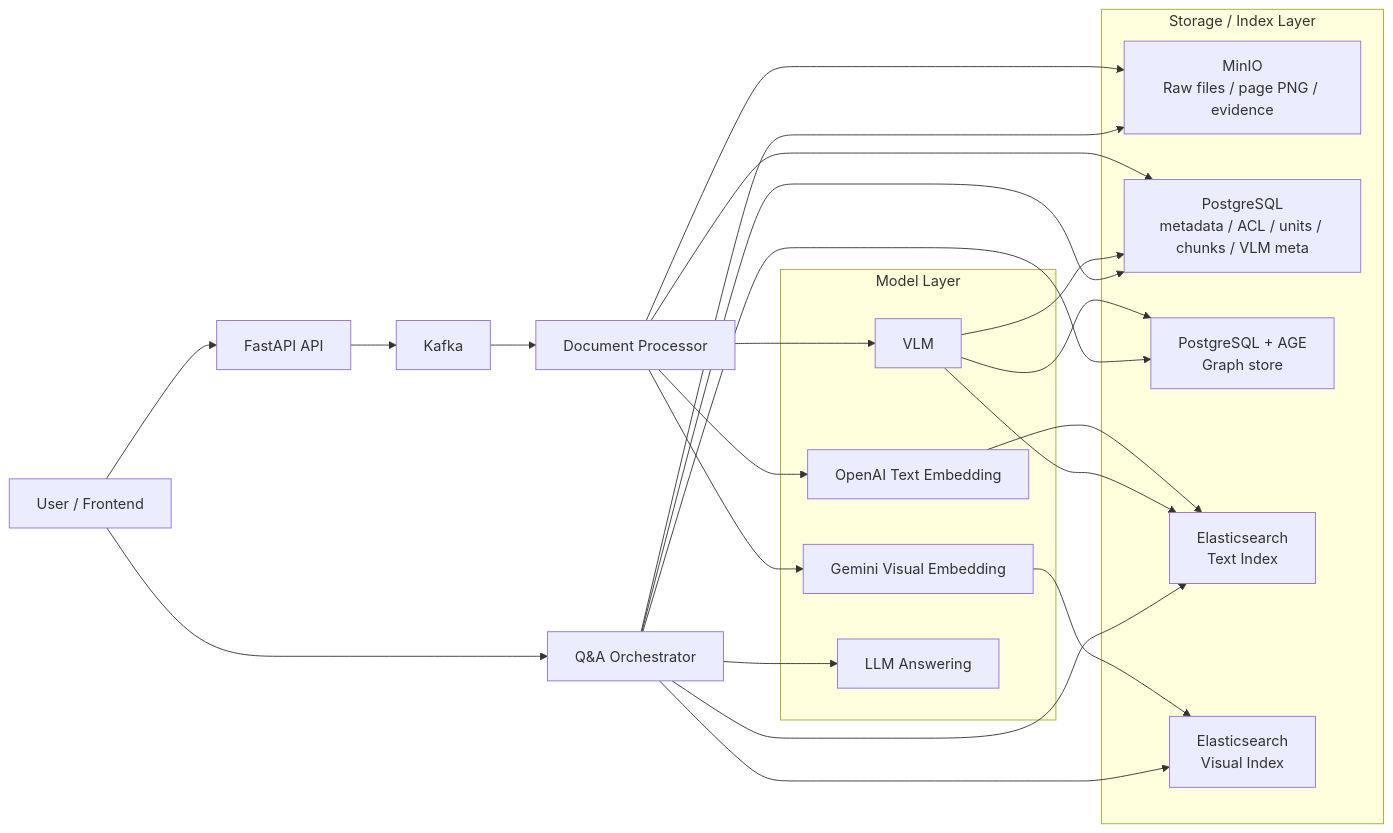
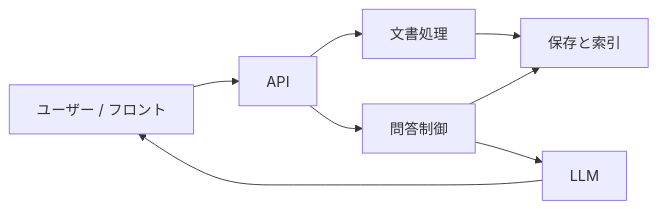
The first of 9 diagrams in README_ja.md (tiand23/AIKnowledgeBaseNew), drawn with Mermaid before and after one commit. The commit also changed other lines of this file and 2 other files, not shown here.

````diff
--- a/README_ja.md
+++ b/README_ja.md
@@ -50,47 +69,17 @@
 ```mermaid
 flowchart LR
-    U["User / Frontend"]
-    API["FastAPI API"]
-    K["Kafka"]
-    DP["Document Processor"]
-    QA["Q&A Orchestrator"]
-
-    subgraph STORE["Storage / Index Layer"]
-        OBJ["MinIO\nRaw files / page PNG / evidence"]
-        PG["PostgreSQL\nmetadata / ACL / units / chunks / VLM meta"]
-        AGE["PostgreSQL + AGE\nGraph store"]
-        ES_T["Elasticsearch\nText Index"]
-        ES_V["Elasticsearch\nVisual Index"]
-    end
-
-    subgraph MODEL["Model Layer"]
-        TXT_EMB["OpenAI Text Embedding"]
-        VIS_EMB["Gemini Visual Embedding"]
-        VLM["VLM"]
-        LLM["LLM Answering"]
-    end
+    U["ユーザー / フロント"]
+    API["API"]
+    INGEST["文書処理"]
+    STORE["保存と索引"]
+    QA["問答制御"]
+    LLM["LLM"]
 
     U --> API
-    API --> K
-    K --> DP
-
-    DP --> OBJ
-    DP --> PG
-    DP --> TXT_EMB
-    DP --> VIS_EMB
-    DP --> VLM
-
-    TXT_EMB --> ES_T
-    VIS_EMB --> ES_V
-    VLM --> PG
-    VLM --> AGE
-    VLM --> ES_T
-
-    U --> QA
-    QA --> ES_T
-    QA --> ES_V
-    QA --> AGE
-    QA --> PG
-    QA --> OBJ
+    API --> INGEST
+    API --> QA
+    INGEST --> STORE
+    QA --> STORE
     QA --> LLM
+    LLM --> U
 ```
````
